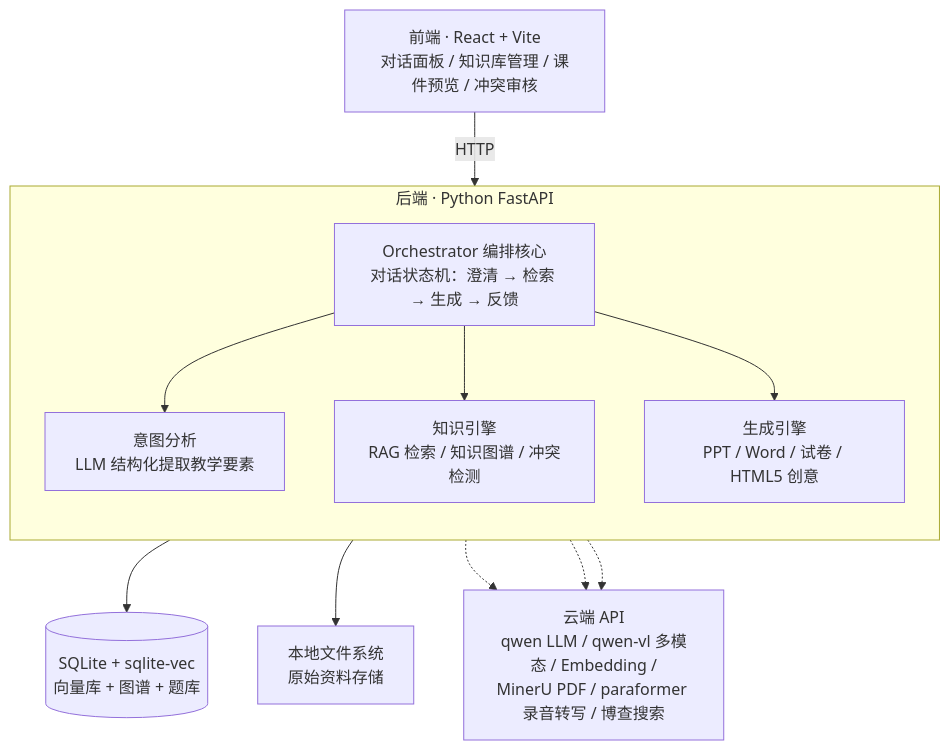
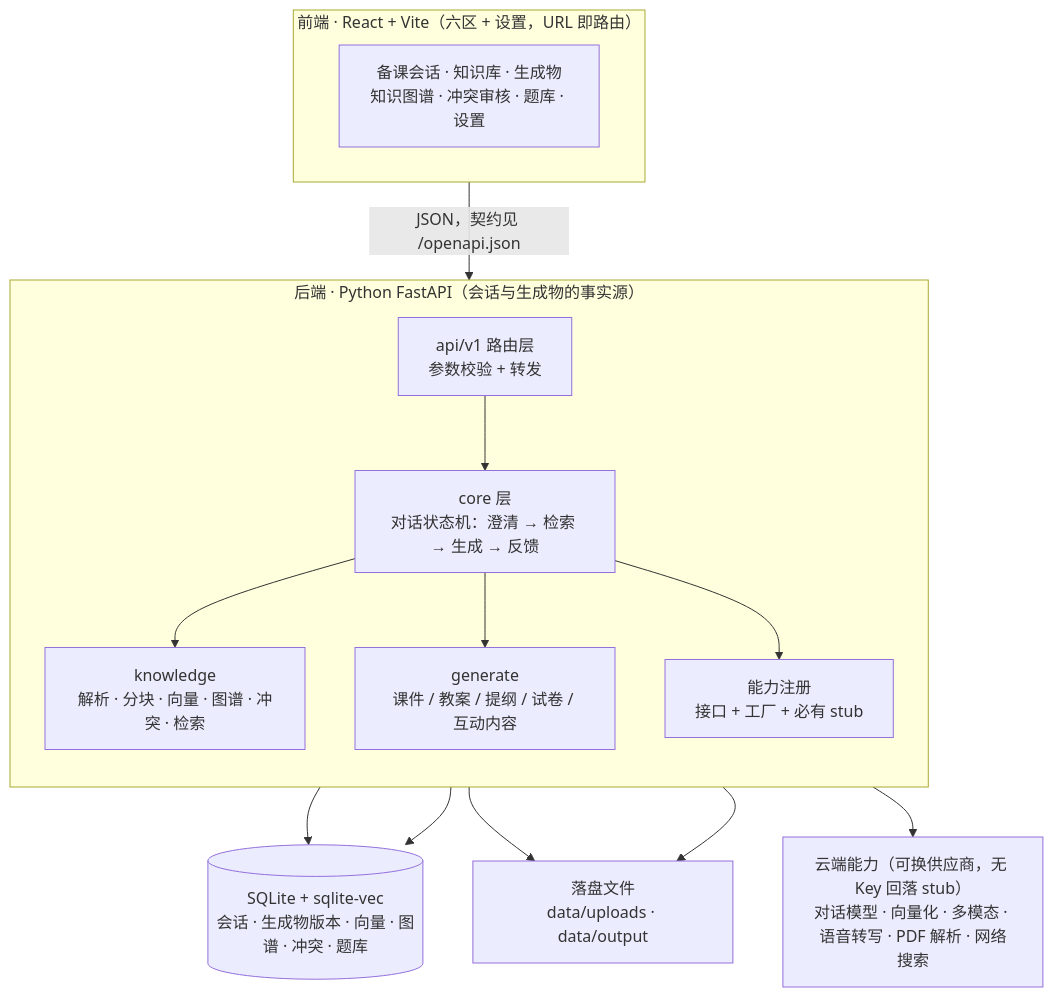
Before and after one commit to JulianZBY/EduMind: the diagram in README.md, drawn with Mermaid. The commit also changed other lines of this file and 17 other files, not shown here.

````diff
--- a/README.md
+++ b/README.md
@@ -17,26 +17,30 @@
 ```mermaid
 flowchart TB
-    FE["前端 · React + Vite<br/>对话面板 / 知识库管理 / 课件预览 / 冲突审核"]
-
-    subgraph BE["后端 · Python FastAPI"]
-        direction TB
-        ORCH["Orchestrator 编排核心<br/>对话状态机：澄清 → 检索 → 生成 → 反馈"]
-        INTENT["意图分析<br/>LLM 结构化提取教学要素"]
-        KN["知识引擎<br/>RAG 检索 / 知识图谱 / 冲突检测"]
-        GEN["生成引擎<br/>PPT / Word / 试卷 / HTML5 创意"]
+    subgraph FE["前端 · React + Vite（六区 + 设置，URL 即路由）"]
+        A1["备课会话 · 知识库 · 生成物<br/>知识图谱 · 冲突审核 · 题库 · 设置"]
     end
 
-    DB[("SQLite + sqlite-vec<br/>向量库 + 图谱 + 题库")]
-    FS["本地文件系统<br/>原始资料存储"]
-    CLOUD["云端 API<br/>qwen LLM / qwen-vl 多模态 / Embedding /<br/>MinerU PDF / paraformer 录音转写 / 博查搜索"]
+    subgraph BE["后端 · Python FastAPI（会话与生成物的事实源）"]
+        direction TB
+        API["api/v1 路由层<br/>参数校验 + 转发"]
+        CORE["core 层<br/>对话状态机：澄清 → 检索 → 生成 → 反馈"]
+        CAPS["能力注册<br/>接口 + 工厂 + 必有 stub"]
+        KNOW["knowledge<br/>解析 · 分块 · 向量 · 图谱 · 冲突 · 检索"]
+        GEN["generate<br/>课件 / 教案 / 提纲 / 试卷 / 互动内容"]
+    end
 
-    FE -->|HTTP| ORCH
-    ORCH --> INTENT
-    ORCH --> KN
-    ORCH --> GEN
-    KN --> DB
-    KN --> FS
-    INTENT -.-> CLOUD
-    KN -.-> CLOUD
-    GEN -.-> CLOUD
+    DB[("SQLite + sqlite-vec<br/>会话 · 生成物版本 · 向量 · 图谱 · 冲突 · 题库")]
+    FS["落盘文件<br/>data/uploads · data/output"]
+    CLOUD["云端能力（可换供应商，无 Key 回落 stub）<br/>对话模型 · 向量化 · 多模态 · 语音转写 · PDF 解析 · 网络搜索"]
+
+    FE -->|"JSON，契约见 /openapi.json"| API
+    API --> CORE
+    CORE --> KNOW
+    CORE --> GEN
+    CORE --> CAPS
+    KNOW --> DB
+    KNOW --> FS
+    GEN --> DB
+    GEN --> FS
+    CAPS --> CLOUD
 ```
````
